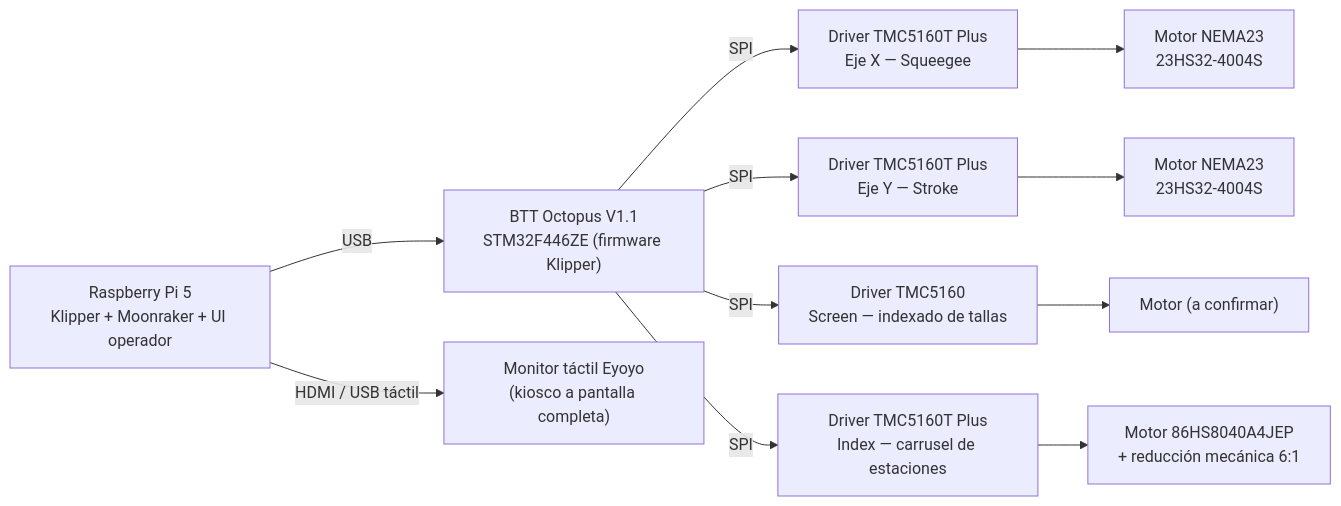
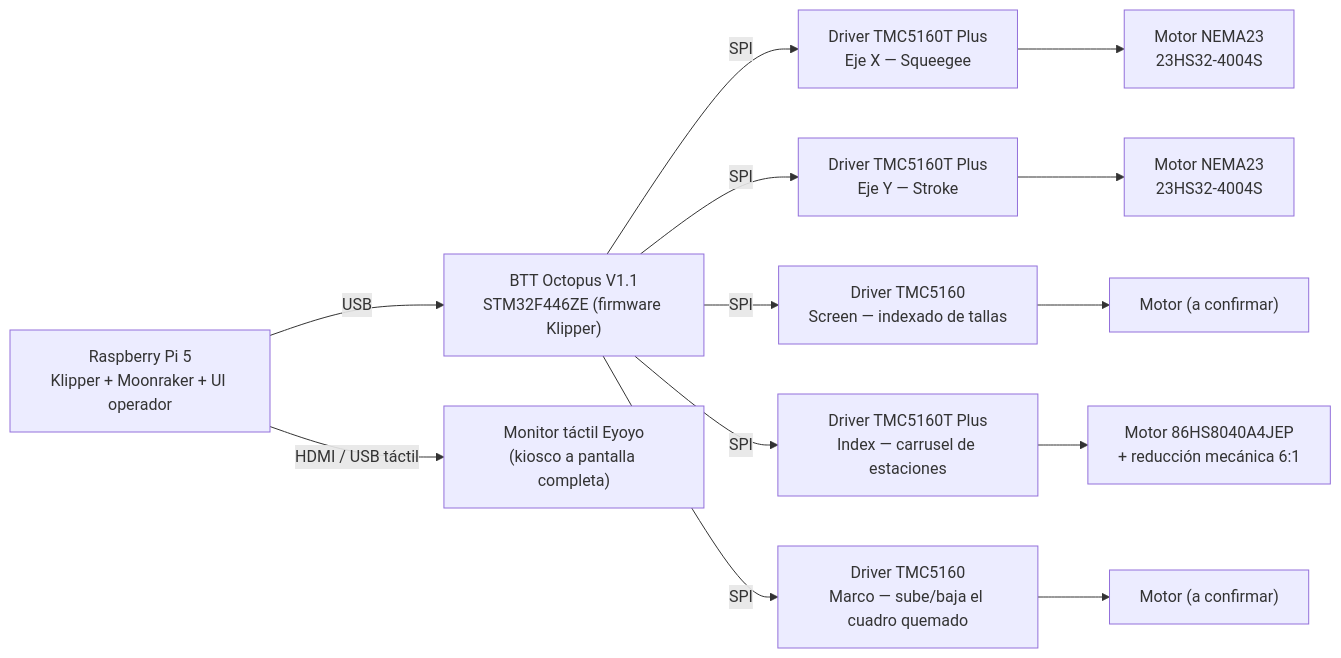
One commit to erwin620/LP1-corexy-codigo changed the first of 2 diagrams in README.md. Above: the diagram before and after it, drawn with Mermaid. The commit also changed other lines of this file, not shown here.

Commit message:
README: agregar marco, ciclo actual, interfaz del operador y estructura; actualizar estado del paro de emergencia

````diff
--- a/README.md
+++ b/README.md
@@ -7,15 +7,17 @@
 ```mermaid
 flowchart LR
     Pi["Raspberry Pi 5<br/>Klipper + Moonraker + UI operador"] -- USB --> Octopus["BTT Octopus V1.1<br/>STM32F446ZE (firmware Klipper)"]
     Pi -- HDMI / USB táctil --> Monitor["Monitor táctil Eyoyo<br/>(kiosco a pantalla completa)"]
 
     Octopus -- SPI --> DX["Driver TMC5160T Plus<br/>Eje X — Squeegee"]
     Octopus -- SPI --> DY["Driver TMC5160T Plus<br/>Eje Y — Stroke"]
     Octopus -- SPI --> DS["Driver TMC5160<br/>Screen — indexado de tallas"]
     Octopus -- SPI --> DI["Driver TMC5160T Plus<br/>Index — carrusel de estaciones"]
+    Octopus -- SPI --> DM["Driver TMC5160<br/>Marco — sube/baja el cuadro quemado"]
 
     DX --> MX["Motor NEMA23<br/>23HS32-4004S"]
     DY --> MY["Motor NEMA23<br/>23HS32-4004S"]
     DS --> MS["Motor (a confirmar)"]
     DI --> MI["Motor 86HS8040A4JEP<br/>+ reducción mecánica 6:1"]
+    DM --> MM["Motor (a confirmar)"]
 ```
````
